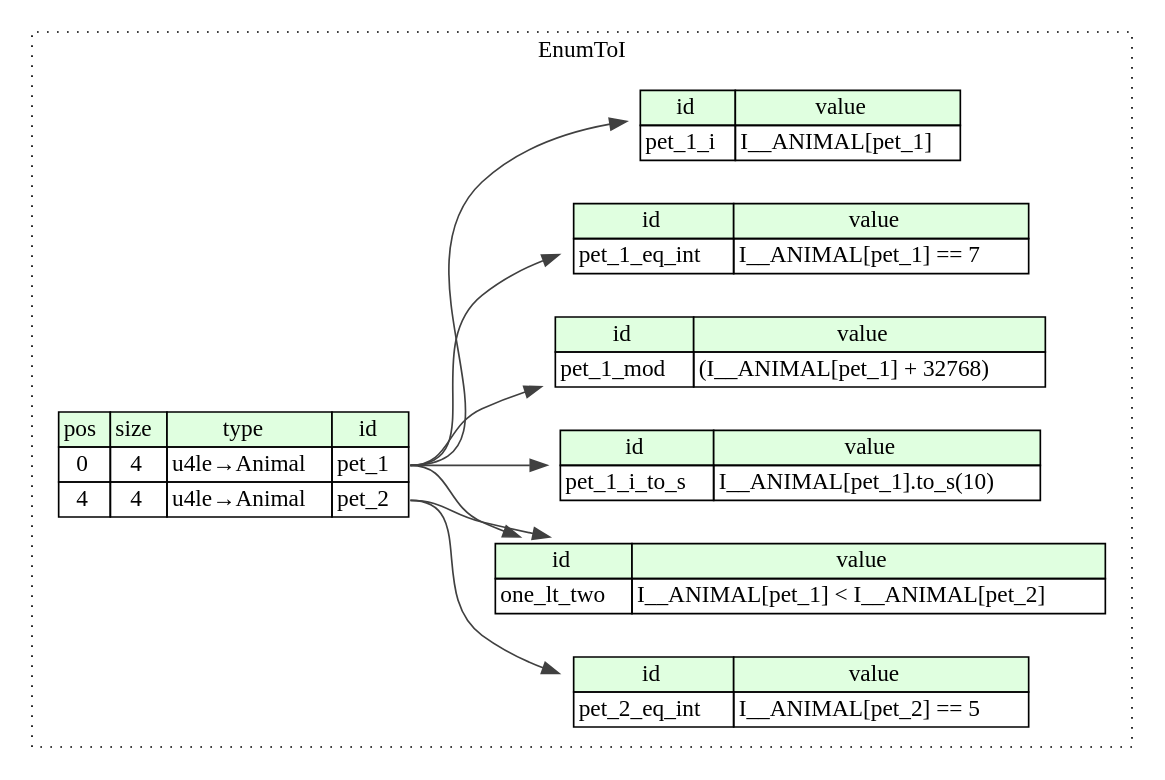
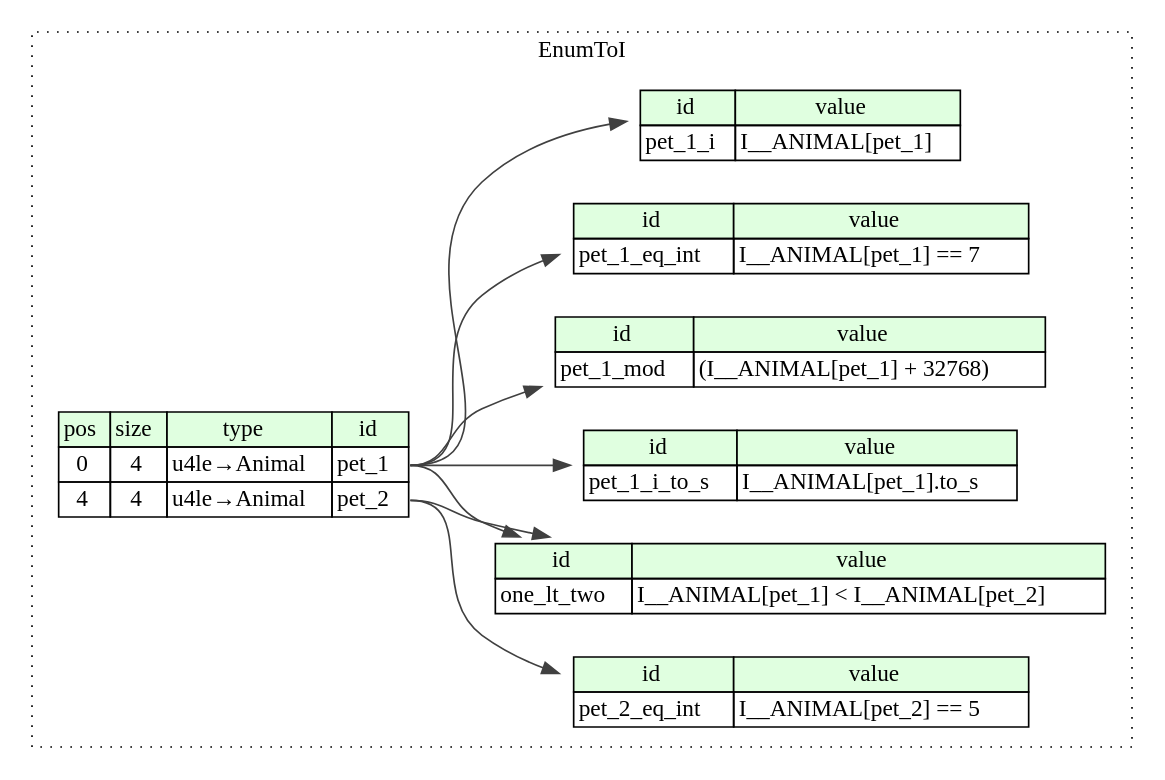
Before and after one commit to kaitai-io/ci_targets: the diagram in compiled/graphviz/enum_to_i.dot, drawn with Graphviz. The commit also changed 39 other files, not shown here.

```diff
--- a/compiled/graphviz/enum_to_i.dot
+++ b/compiled/graphviz/enum_to_i.dot
@@ -1,45 +1,45 @@
 digraph {
 	rankdir=LR;
 	node [shape=plaintext];
 	subgraph cluster__enum_to_i {
 		label="EnumToI";
 		graph[style=dotted];
 
 		enum_to_i__seq [label=<<TABLE BORDER="0" CELLBORDER="1" CELLSPACING="0">
 			<TR><TD BGCOLOR="#E0FFE0">pos</TD><TD BGCOLOR="#E0FFE0">size</TD><TD BGCOLOR="#E0FFE0">type</TD><TD BGCOLOR="#E0FFE0">id</TD></TR>
 			<TR><TD PORT="pet_1_pos">0</TD><TD PORT="pet_1_size">4</TD><TD>u4le→Animal</TD><TD PORT="pet_1_type">pet_1</TD></TR>
 			<TR><TD PORT="pet_2_pos">4</TD><TD PORT="pet_2_size">4</TD><TD>u4le→Animal</TD><TD PORT="pet_2_type">pet_2</TD></TR>
 		</TABLE>>];
 		enum_to_i__inst__one_lt_two [label=<<TABLE BORDER="0" CELLBORDER="1" CELLSPACING="0">
 			<TR><TD BGCOLOR="#E0FFE0">id</TD><TD BGCOLOR="#E0FFE0">value</TD></TR>
 			<TR><TD>one_lt_two</TD><TD>I__ANIMAL[pet_1] &lt; I__ANIMAL[pet_2]</TD></TR>
 		</TABLE>>];
 		enum_to_i__inst__pet_1_eq_int [label=<<TABLE BORDER="0" CELLBORDER="1" CELLSPACING="0">
 			<TR><TD BGCOLOR="#E0FFE0">id</TD><TD BGCOLOR="#E0FFE0">value</TD></TR>
 			<TR><TD>pet_1_eq_int</TD><TD>I__ANIMAL[pet_1] == 7</TD></TR>
 		</TABLE>>];
 		enum_to_i__inst__pet_1_i [label=<<TABLE BORDER="0" CELLBORDER="1" CELLSPACING="0">
 			<TR><TD BGCOLOR="#E0FFE0">id</TD><TD BGCOLOR="#E0FFE0">value</TD></TR>
 			<TR><TD>pet_1_i</TD><TD>I__ANIMAL[pet_1]</TD></TR>
 		</TABLE>>];
 		enum_to_i__inst__pet_1_i_to_s [label=<<TABLE BORDER="0" CELLBORDER="1" CELLSPACING="0">
 			<TR><TD BGCOLOR="#E0FFE0">id</TD><TD BGCOLOR="#E0FFE0">value</TD></TR>
-			<TR><TD>pet_1_i_to_s</TD><TD>I__ANIMAL[pet_1].to_s(10)</TD></TR>
+			<TR><TD>pet_1_i_to_s</TD><TD>I__ANIMAL[pet_1].to_s</TD></TR>
 		</TABLE>>];
 		enum_to_i__inst__pet_1_mod [label=<<TABLE BORDER="0" CELLBORDER="1" CELLSPACING="0">
 			<TR><TD BGCOLOR="#E0FFE0">id</TD><TD BGCOLOR="#E0FFE0">value</TD></TR>
 			<TR><TD>pet_1_mod</TD><TD>(I__ANIMAL[pet_1] + 32768)</TD></TR>
 		</TABLE>>];
 		enum_to_i__inst__pet_2_eq_int [label=<<TABLE BORDER="0" CELLBORDER="1" CELLSPACING="0">
 			<TR><TD BGCOLOR="#E0FFE0">id</TD><TD BGCOLOR="#E0FFE0">value</TD></TR>
 			<TR><TD>pet_2_eq_int</TD><TD>I__ANIMAL[pet_2] == 5</TD></TR>
 		</TABLE>>];
 	}
 	enum_to_i__seq:pet_1_type -> enum_to_i__inst__one_lt_two [color="#404040"];
 	enum_to_i__seq:pet_2_type -> enum_to_i__inst__one_lt_two [color="#404040"];
 	enum_to_i__seq:pet_1_type -> enum_to_i__inst__pet_1_eq_int [color="#404040"];
 	enum_to_i__seq:pet_1_type -> enum_to_i__inst__pet_1_i [color="#404040"];
 	enum_to_i__seq:pet_1_type -> enum_to_i__inst__pet_1_i_to_s [color="#404040"];
 	enum_to_i__seq:pet_1_type -> enum_to_i__inst__pet_1_mod [color="#404040"];
 	enum_to_i__seq:pet_2_type -> enum_to_i__inst__pet_2_eq_int [color="#404040"];
 }
```
